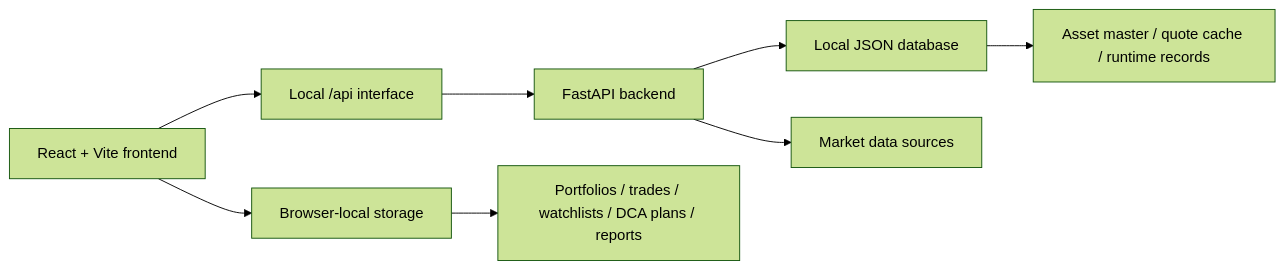
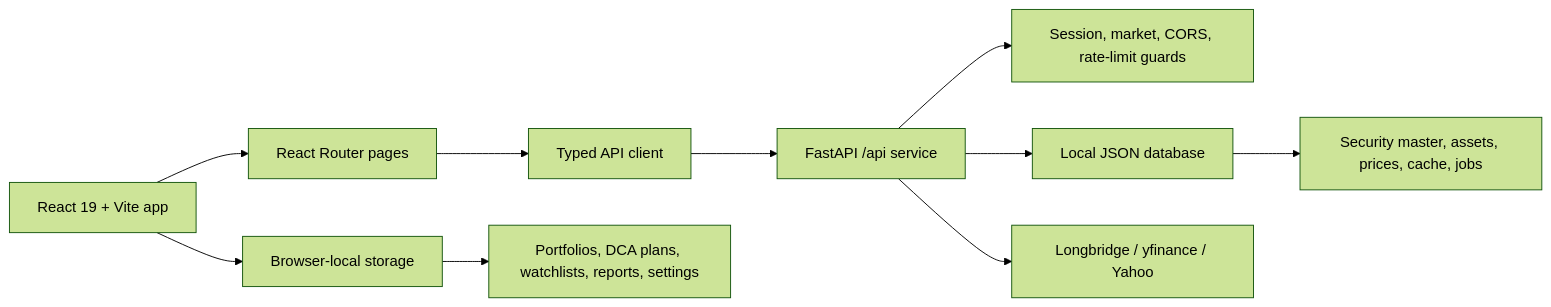
The second of 2 diagrams in README.md (Elvin-Chow/FundX), drawn with Mermaid (forest theme) before and after one commit. The commit also changed other lines of this file and 38 other files, not shown here.

````diff
--- a/README.md
+++ b/README.md
@@ -43,11 +101,12 @@
 ```mermaid
 flowchart LR
-  Browser["React + Vite frontend"] --> API["Local /api interface"]
-  API --> FastAPI["FastAPI backend"]
-  FastAPI --> DB["Local JSON database"]
-  FastAPI --> MarketData["Market data sources"]
-  Browser --> LocalStore["Browser-local storage"]
-
-  DB --> PublicData["Asset master / quote cache / runtime records"]
-  LocalStore --> UserData["Portfolios / trades / watchlists / DCA plans / reports"]
+    UI["React 19 + Vite app"] --> Router["React Router pages"]
+    Router --> Client["Typed API client"]
+    Client --> API["FastAPI /api service"]
+    API --> Guard["Session, market, CORS, rate-limit guards"]
+    API --> DB["Local JSON database"]
+    API --> Providers["Longbridge / yfinance / Yahoo"]
+    UI --> LocalStore["Browser-local storage"]
+    DB --> PublicData["Security master, assets, prices, cache, jobs"]
+    LocalStore --> UserData["Portfolios, DCA plans, watchlists, reports, settings"]
 ```
````
